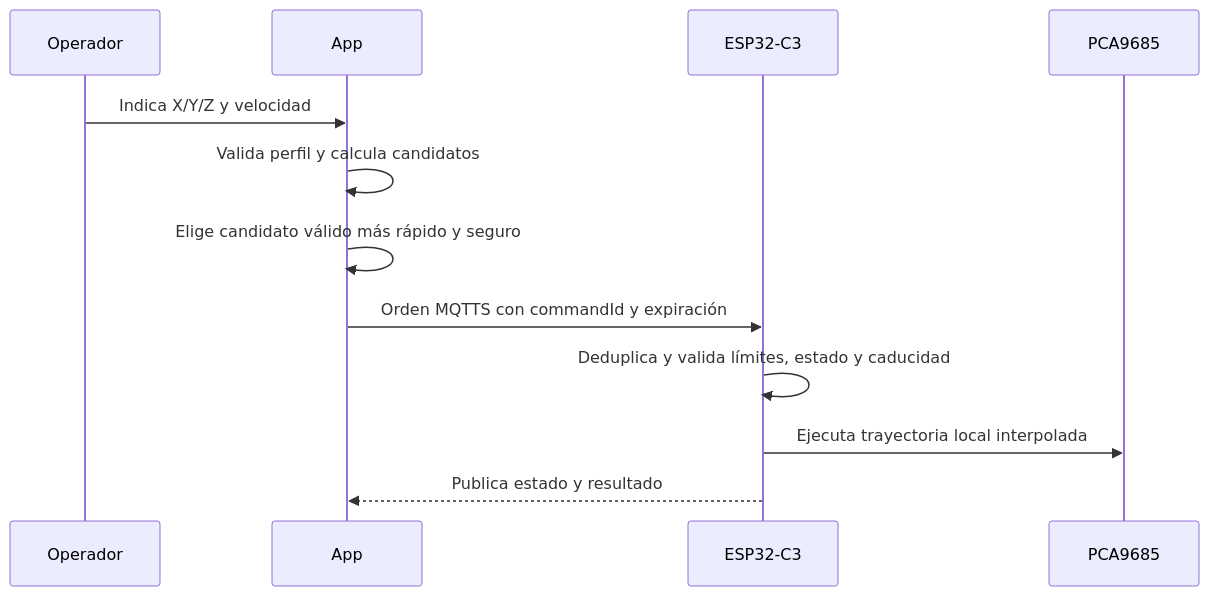
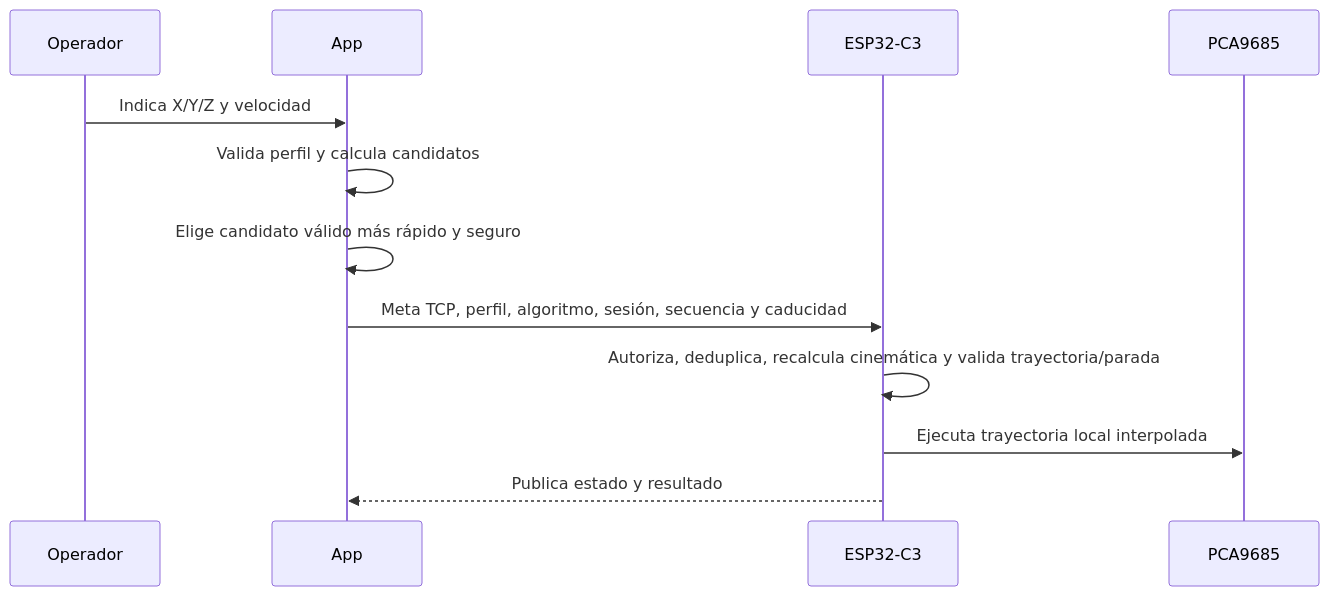
One commit to ivanlino96-afk/iRobot changed the second of 3 diagrams in specs/001-airobot-master-control/plan.md. Above: the diagram before and after it, drawn with Mermaid. The commit also changed other lines of this file and 144 other files, not shown here.

````diff
--- a/specs/001-airobot-master-control/plan.md
+++ b/specs/001-airobot-master-control/plan.md
@@ -96,14 +88,14 @@
 ```mermaid
 sequenceDiagram
   participant U as Operador
   participant A as App
   participant R as ESP32-C3
   participant P as PCA9685
   U->>A: Indica X/Y/Z y velocidad
   A->>A: Valida perfil y calcula candidatos
   A->>A: Elige candidato válido más rápido y seguro
-  A->>R: Orden MQTTS con commandId y expiración
-  R->>R: Deduplica y valida límites, estado y caducidad
+  A->>R: Meta TCP, perfil, algoritmo, sesión, secuencia y caducidad
+  R->>R: Autoriza, deduplica, recalcula cinemática y valida trayectoria/parada
   R->>P: Ejecuta trayectoria local interpolada
   R-->>A: Publica estado y resultado
 ```
````
